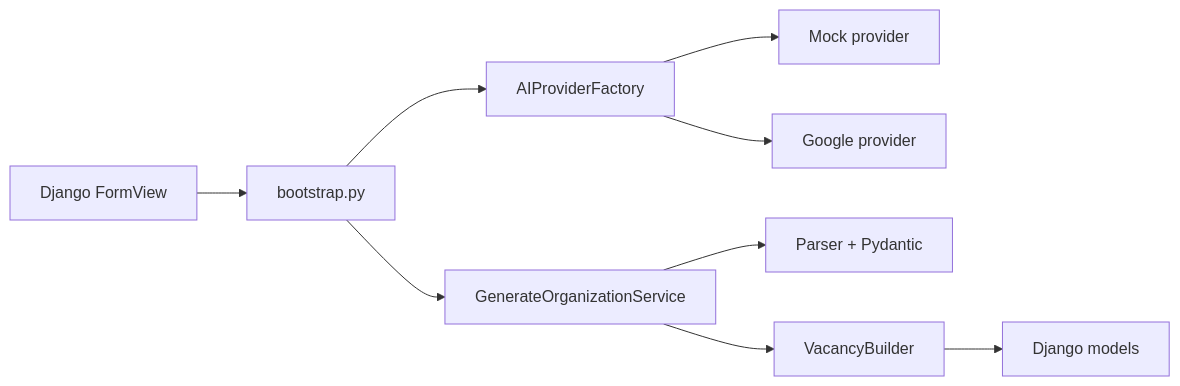
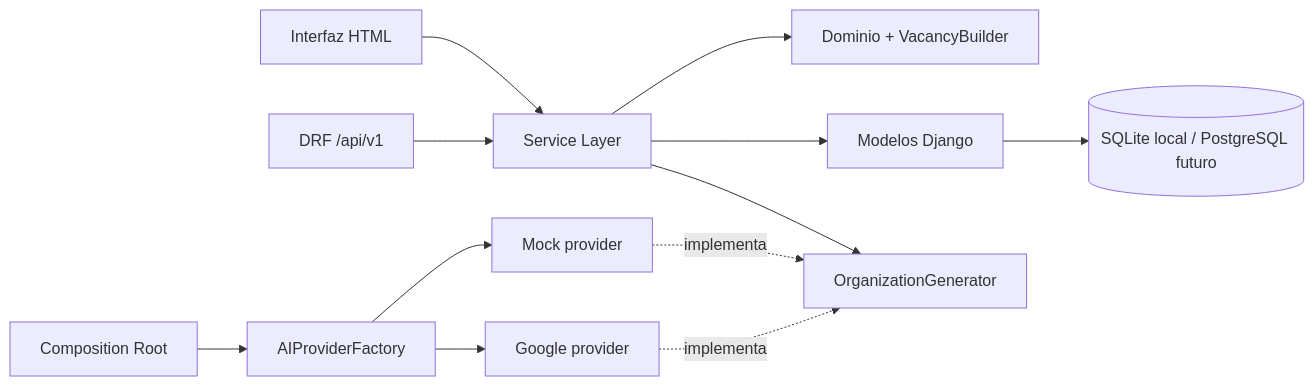
Before and after one commit to juanploxz/JobLab: the diagram in README.md, drawn with Mermaid. The commit also changed other lines of this file and 28 other files, not shown here.

Commit message:
feat: complete domain core and professional REST API

````diff
--- a/README.md
+++ b/README.md
@@ -27,11 +44,14 @@
 ```mermaid
 flowchart LR
-    V["Django FormView"] --> C["bootstrap.py"]
-    C --> F["AIProviderFactory"]
-    F --> M["Mock provider"]
-    F --> G["Google provider"]
-    C --> S["GenerateOrganizationService"]
-    S --> P["Parser + Pydantic"]
-    S --> B["VacancyBuilder"]
-    B --> DB["Django models"]
+    HTML["Interfaz HTML"] --> Services["Service Layer"]
+    REST["DRF /api/v1"] --> Services
+    Services --> Domain["Dominio + VacancyBuilder"]
+    Services --> Models["Modelos Django"]
+    Bootstrap["Composition Root"] --> Factory["AIProviderFactory"]
+    Factory --> Mock["Mock provider"]
+    Factory --> Google["Google provider"]
+    Services --> Port["OrganizationGenerator"]
+    Mock -. implementa .-> Port
+    Google -. implementa .-> Port
+    Models --> DB[("SQLite local / PostgreSQL futuro")]
 ```
````
